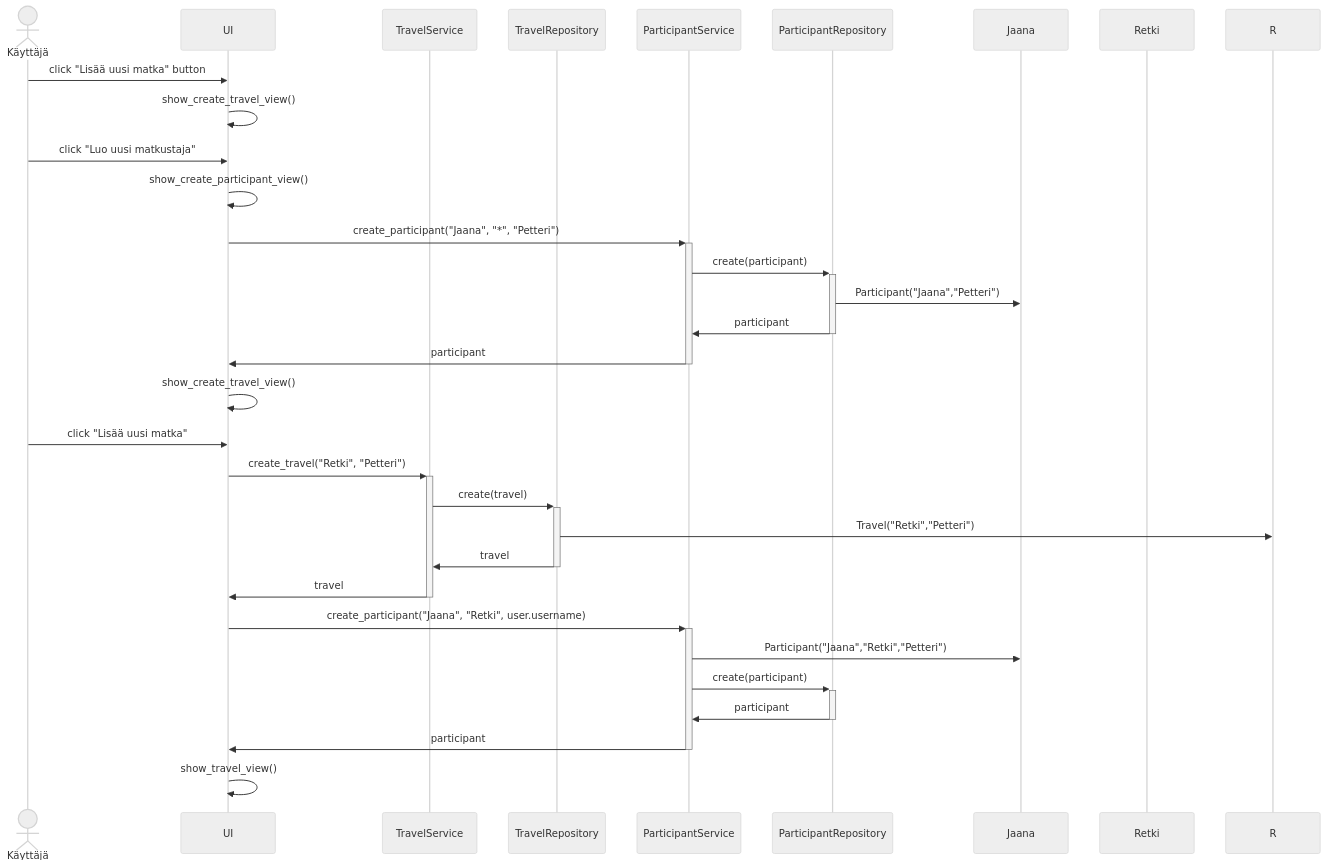
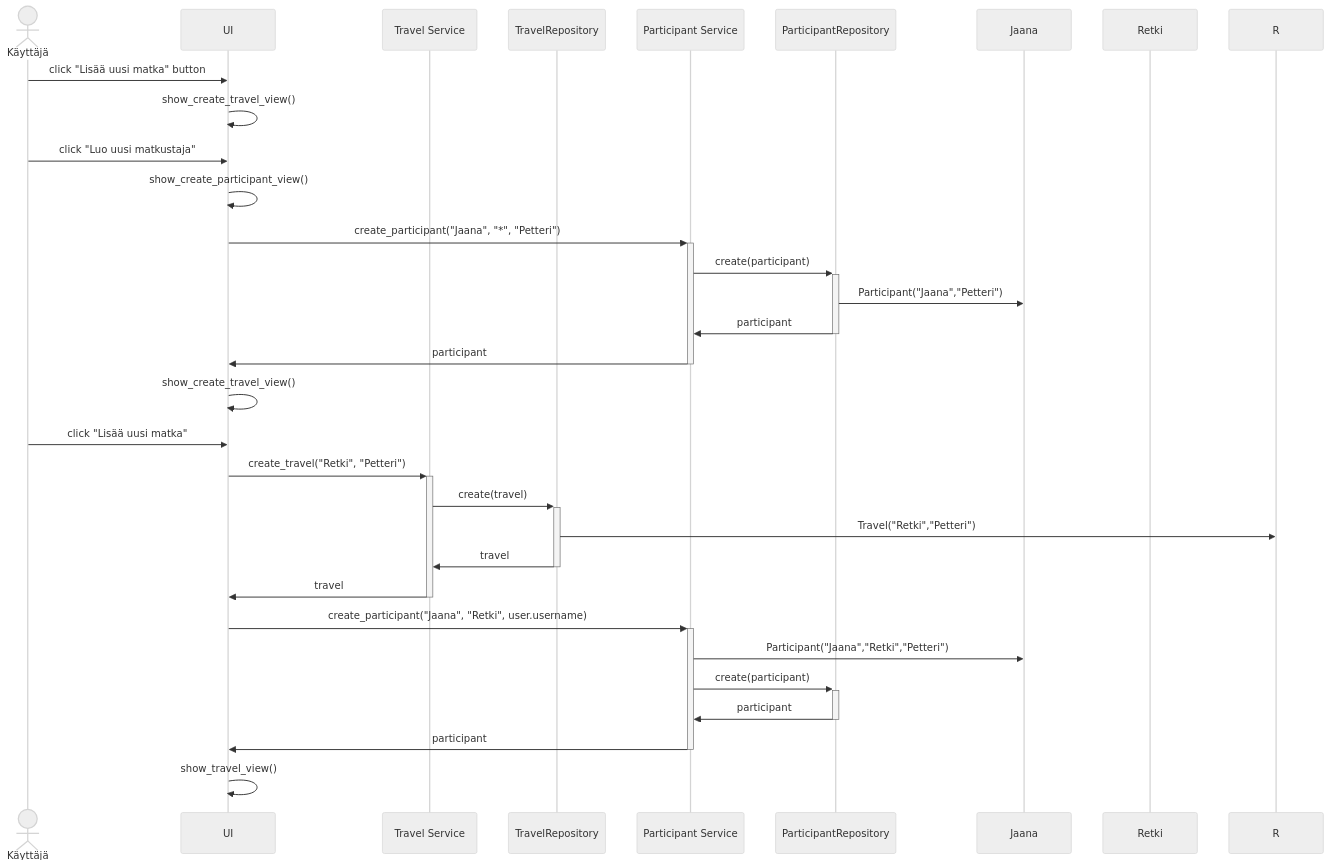
Before and after one commit to phuvio/ot-harjoitustyo: the third of 3 diagrams in travel-expense-calculator-app/dokumentaatio/arkkitehtuuri.md, drawn with Mermaid (neutral theme). The commit also changed other lines of this file, not shown here.

````diff
--- a/travel-expense-calculator-app/dokumentaatio/arkkitehtuuri.md
+++ b/travel-expense-calculator-app/dokumentaatio/arkkitehtuuri.md
@@ -71,34 +71,34 @@
 ```mermaid
  sequenceDiagram
    Actor K as Käyttäjä
    participant U as UI
-   participant T as TravelService
+   participant T as Travel Service
    participant TR as TravelRepository
-   participant P as ParticipantService
+   participant P as Participant Service
    participant PR as ParticipantRepository
    participant J as Jaana
    participant M as Retki
    K->>U: click "Lisää uusi matka" button
    U->>U: show_create_travel_view()
    K->>U: click "Luo uusi matkustaja"
    U->>U: show_create_participant_view()
    U->>+P: create_participant("Jaana", "*", "Petteri")
    P->>+PR: create(participant)
    PR->>J: Participant("Jaana","Petteri")
    PR->>-P: participant
    P->>-U: participant
    U->>U: show_create_travel_view()
    K->>U: click "Lisää uusi matka"
    U->>+T: create_travel("Retki", "Petteri")
    T->>+TR: create(travel)
    TR->>R: Travel("Retki","Petteri")
    TR->>-T: travel
    T->>-U: travel
    U->>+P: create_participant("Jaana", "Retki", user.username)
    P->>J: Participant("Jaana","Retki","Petteri")
    P->>+PR: create(participant)
    PR->>-P: participant
    P->>-U: participant
    U->>U: show_travel_view()
 
 ```
````
